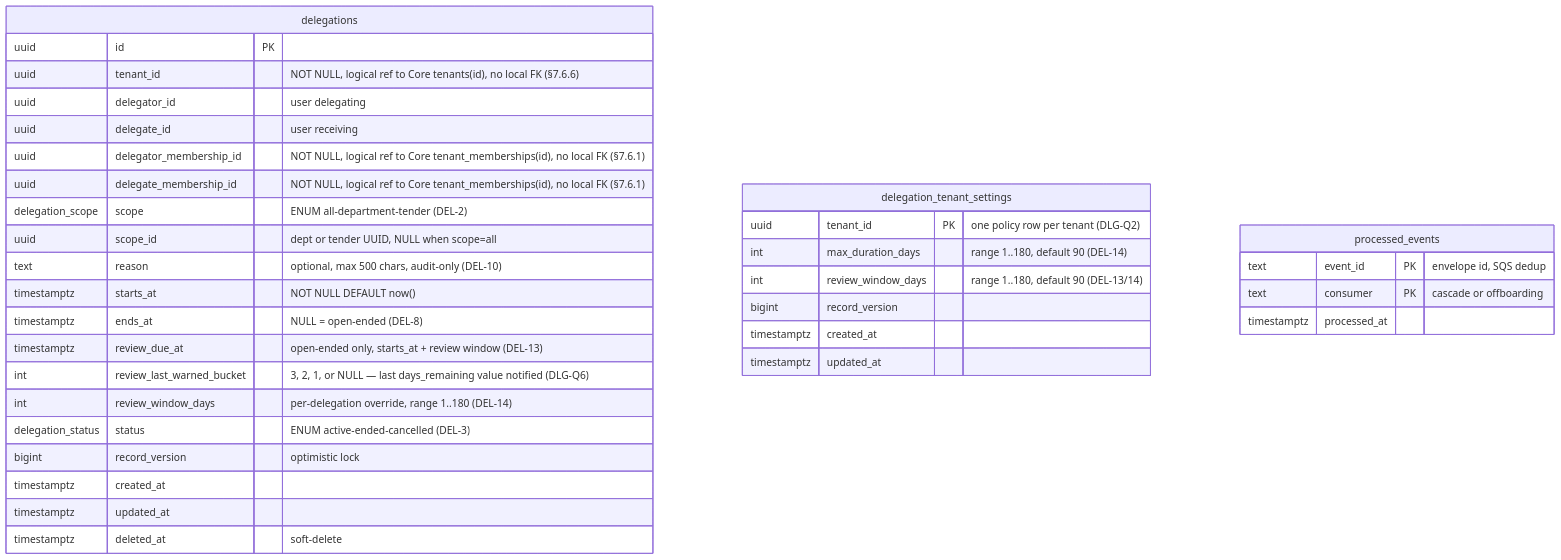
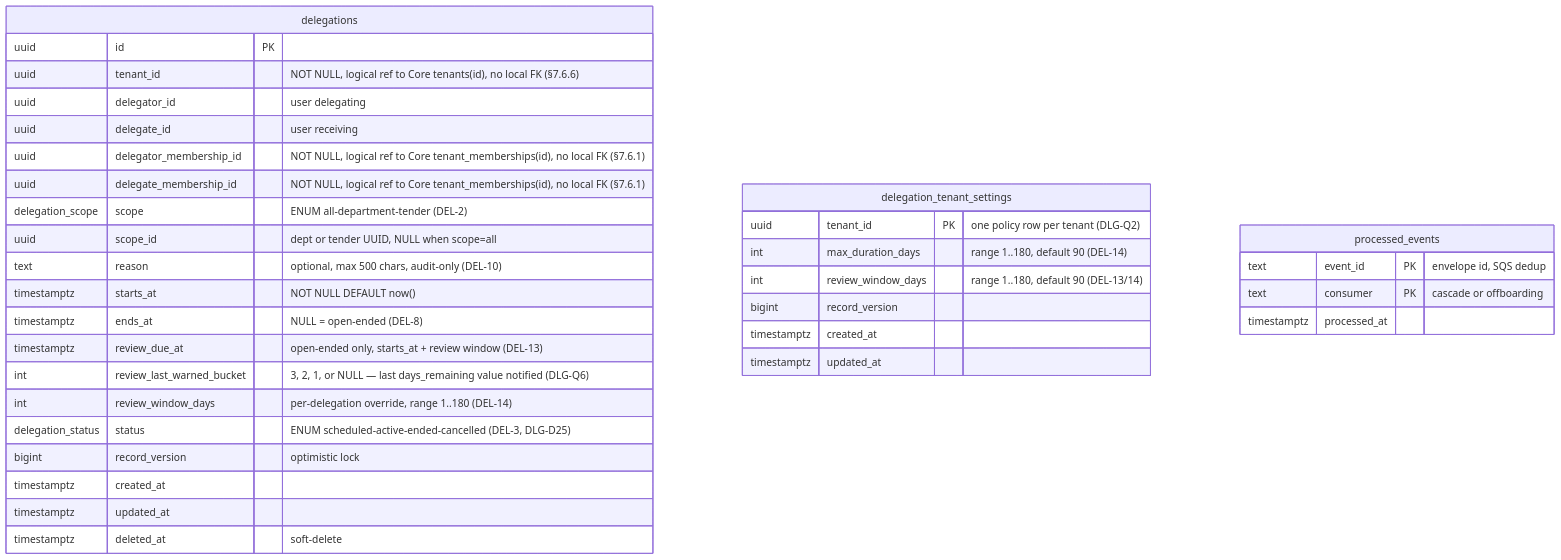
One commit to BCBP-SOLUTIONS-FZC-LLC/iam-delegation changed the first of 9 diagrams in docs/lld/iam-lld-delegation-service.md. Above: the diagram before and after it, drawn with Mermaid. The commit also changed other lines of this file and 21 other files, not shown here.

````diff
--- a/docs/lld/iam-lld-delegation-service.md
+++ b/docs/lld/iam-lld-delegation-service.md
@@ -223,37 +224,37 @@
 ```mermaid
 erDiagram
     delegations {
         uuid id PK
         uuid tenant_id "NOT NULL, logical ref to Core tenants(id), no local FK (§7.6.6)"
         uuid delegator_id "user delegating"
         uuid delegate_id "user receiving"
         uuid delegator_membership_id "NOT NULL, logical ref to Core tenant_memberships(id), no local FK (§7.6.1)"
         uuid delegate_membership_id "NOT NULL, logical ref to Core tenant_memberships(id), no local FK (§7.6.1)"
         delegation_scope scope "ENUM all-department-tender (DEL-2)"
         uuid scope_id "dept or tender UUID, NULL when scope=all"
         text reason "optional, max 500 chars, audit-only (DEL-10)"
         timestamptz starts_at "NOT NULL DEFAULT now()"
         timestamptz ends_at "NULL = open-ended (DEL-8)"
         timestamptz review_due_at "open-ended only, starts_at + review window (DEL-13)"
         int review_last_warned_bucket "3, 2, 1, or NULL — last days_remaining value notified (DLG-Q6)"
         int review_window_days "per-delegation override, range 1..180 (DEL-14)"
-        delegation_status status "ENUM active-ended-cancelled (DEL-3)"
+        delegation_status status "ENUM scheduled-active-ended-cancelled (DEL-3, DLG-D25)"
         bigint record_version "optimistic lock"
         timestamptz created_at
         timestamptz updated_at
         timestamptz deleted_at "soft-delete"
     }
     delegation_tenant_settings {
         uuid tenant_id PK "one policy row per tenant (DLG-Q2)"
         int max_duration_days "range 1..180, default 90 (DEL-14)"
         int review_window_days "range 1..180, default 90 (DEL-13/14)"
         bigint record_version
         timestamptz created_at
         timestamptz updated_at
     }
     processed_events {
         text event_id PK "envelope id, SQS dedup"
         text consumer PK "cascade or offboarding"
         timestamptz processed_at
     }
 ```
````
